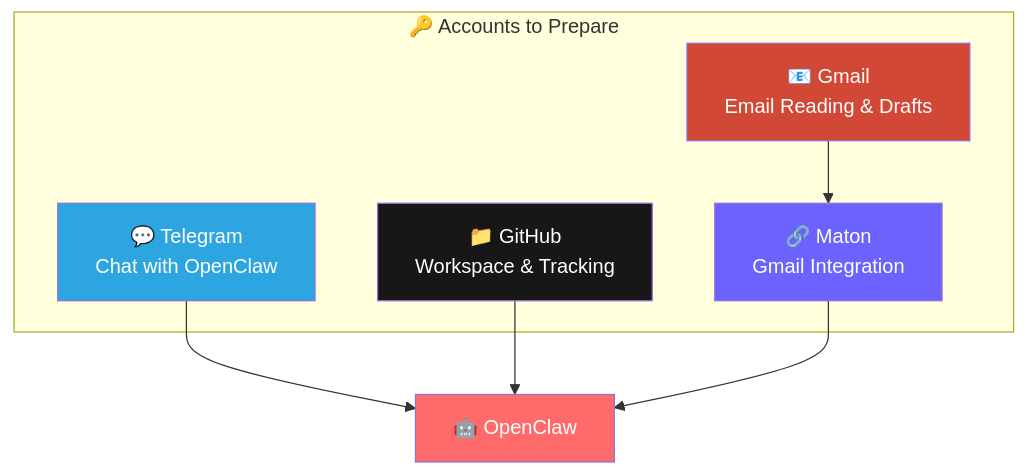
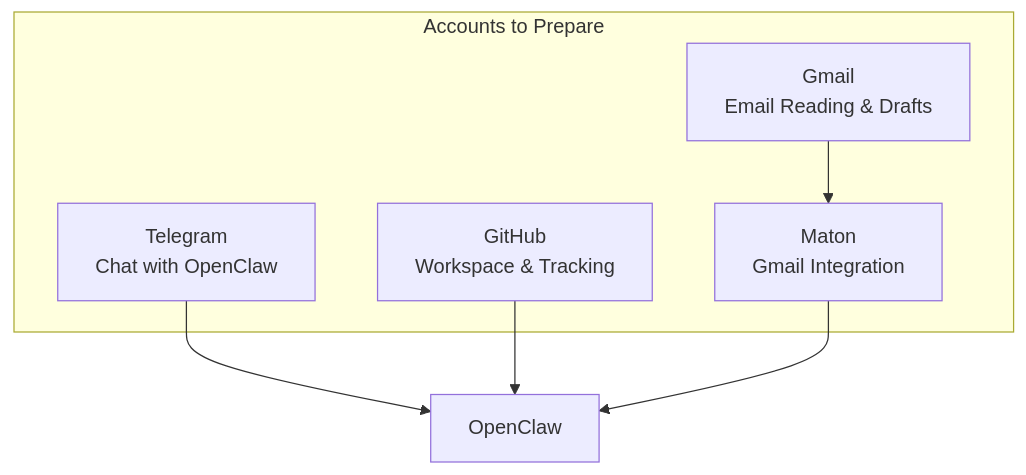
Before and after one commit to Henriepigastric590/colabclaw: the second of 5 diagrams in README.md, drawn with Mermaid. The commit also changed other lines of this file and 1 other file, not shown here.

Commit message:
Simplify mermaid diagrams to monochrome for light/dark theme compatibility

````diff
--- a/README.md
+++ b/README.md
@@ -107,20 +100,14 @@
 ```mermaid
 flowchart TD
-    subgraph Required["🔑 Accounts to Prepare"]
-        T[💬 Telegram<br/>Chat with OpenClaw]
-        GH[📁 GitHub<br/>Workspace & Tracking]
-        GM[📧 Gmail<br/>Email Reading & Drafts]
-        M[🔗 Maton<br/>Gmail Integration]
+    subgraph Required["Accounts to Prepare"]
+        T[Telegram<br/>Chat with OpenClaw]
+        GH[GitHub<br/>Workspace & Tracking]
+        GM[Gmail<br/>Email Reading & Drafts]
+        M[Maton<br/>Gmail Integration]
     end
 
-    T --> OC[🤖 OpenClaw]
+    T --> OC[OpenClaw]
     GH --> OC
     GM --> M
     M --> OC
-
-    style OC fill:#FF6B6B,color:#fff
-    style T fill:#2CA5E0,color:#fff
-    style GH fill:#181717,color:#fff
-    style GM fill:#D14836,color:#fff
-    style M fill:#6C63FF,color:#fff
 ```
````
